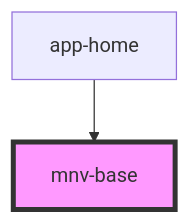
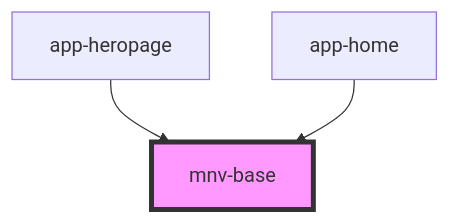
Before and after one commit to rafaela-vairo/ufrj-sustainable: the diagram in src/components/layout/mnv-base/readme.md, drawn with Mermaid. The commit also changed other lines of this file and 27 other files, not shown here.

````diff
--- a/src/components/layout/mnv-base/readme.md
+++ b/src/components/layout/mnv-base/readme.md
@@ -15,5 +16,6 @@
 ```mermaid
 graph TD;
+  app-heropage --> mnv-base
   app-home --> mnv-base
   style mnv-base fill:#f9f,stroke:#333,stroke-width:4px
 ```
````
